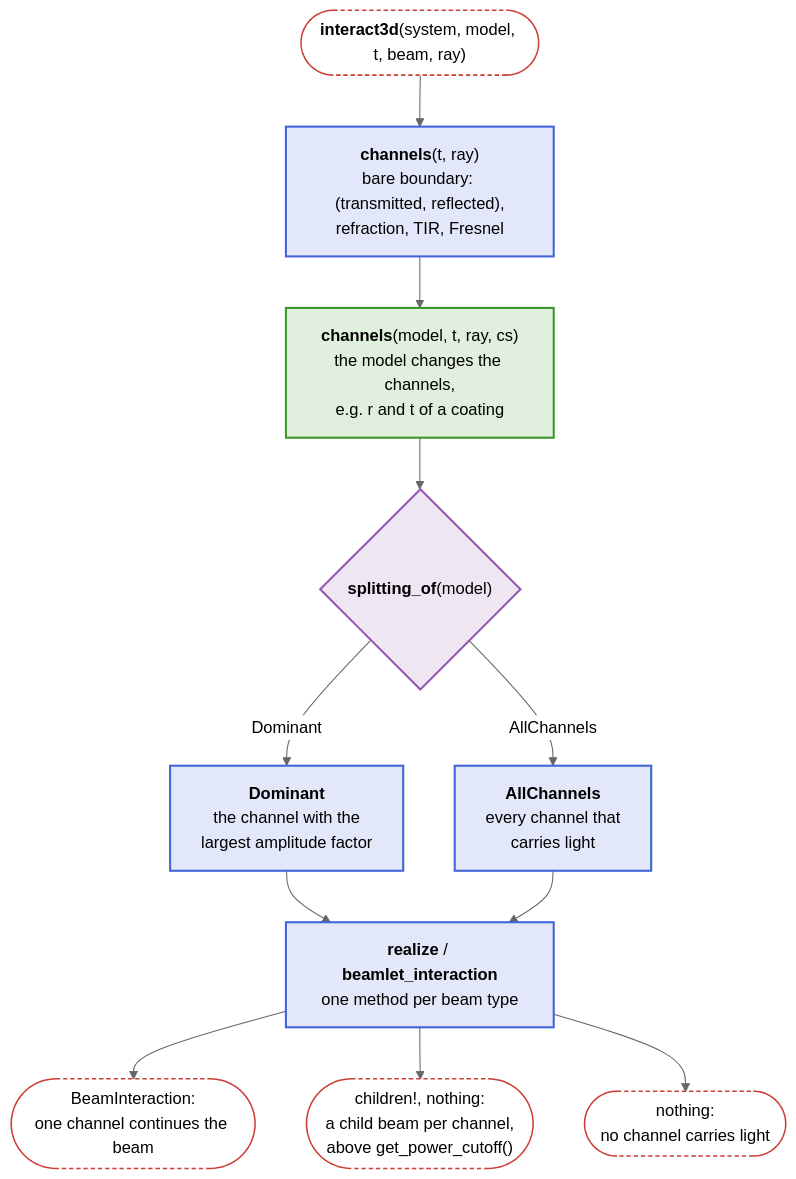
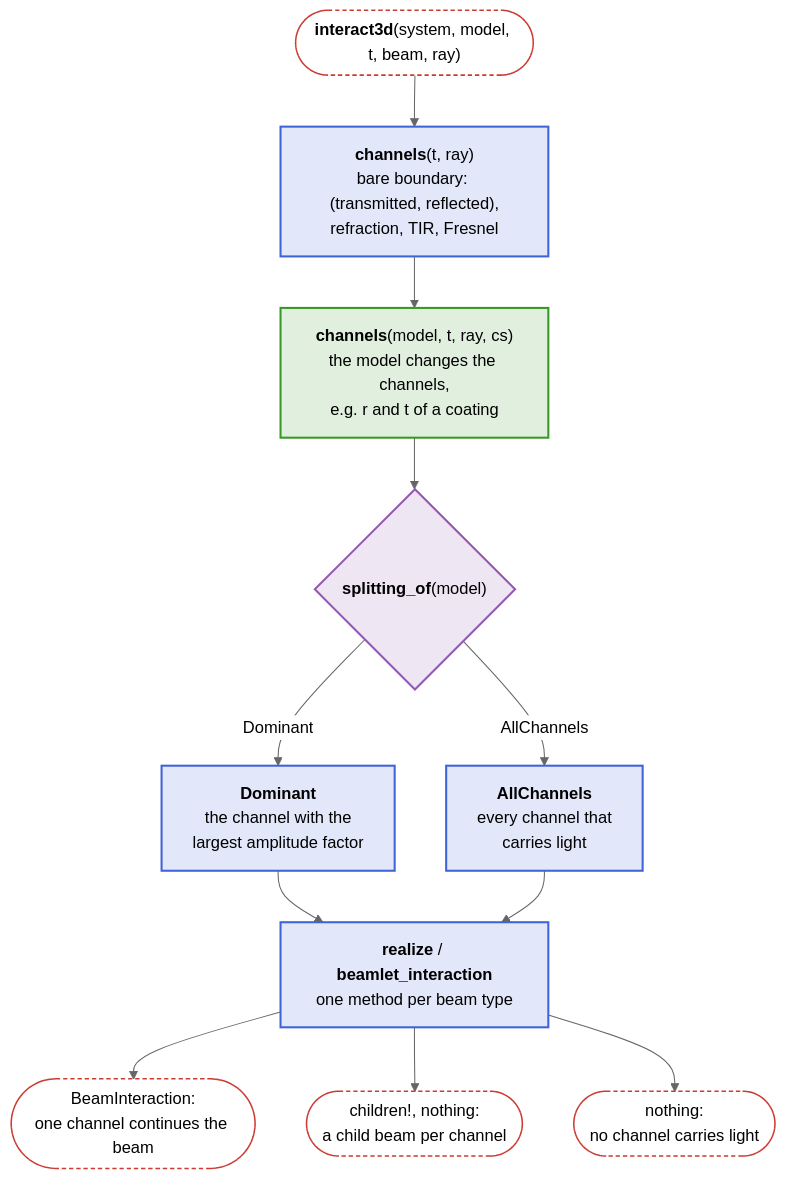
One commit to JuliaPhysics/BeamletOptics.jl changed the sixth of 9 diagrams in docs/src/api/core.md. Above: the diagram before and after it, drawn with Mermaid (neutral theme). The commit also changed other lines of this file and 8 other files, not shown here.

Commit message:
Feature: power_cutoff is a keyword of solve_system!, the solver drops weak children of every beam type

````diff
--- a/docs/src/api/core.md
+++ b/docs/src/api/core.md
@@ -318,29 +318,29 @@
 ```mermaid
 flowchart TB
     T(["<b>interact3d</b>(system, model, t, beam, ray)"])
     B["<b>channels</b>(t, ray)<br/>bare boundary: (transmitted, reflected),<br/>refraction, TIR, Fresnel"]
     M["<b>channels</b>(model, t, ray, cs)<br/>the model changes the channels,<br/>e.g. r and t of a coating"]
     S{"<b>splitting_of</b>(model)"}
     D["<b>Dominant</b><br/>the channel with the<br/>largest amplitude factor"]
     A["<b>AllChannels</b><br/>every channel that<br/>carries light"]
     R["<b>realize</b> / <b>beamlet_interaction</b><br/>one method per beam type"]
     BI(["BeamInteraction:<br/>one channel continues the beam"])
-    CH(["children!, nothing:<br/>a child beam per channel,<br/>above get_power_cutoff()"])
+    CH(["children!, nothing:<br/>a child beam per channel"])
     NO(["nothing:<br/>no channel carries light"])
 
     T --> B --> M --> S
     S -- Dominant --> D --> R
     S -- AllChannels --> A --> R
     R --> BI
     R --> CH
     R --> NO
 
     classDef blue fill:#4063D826,stroke:#4063D8,stroke-width:2px
     classDef green fill:#38982626,stroke:#389826,stroke-width:2px
     classDef purple fill:#9558B226,stroke:#9558B2,stroke-width:2px
     classDef terminal fill:transparent,stroke:#CB3C33,stroke-width:1.5px,stroke-dasharray:4 3
     class B,D,A,R blue
     class M green
     class S purple
     class T,BI,CH,NO terminal
 ```
````
